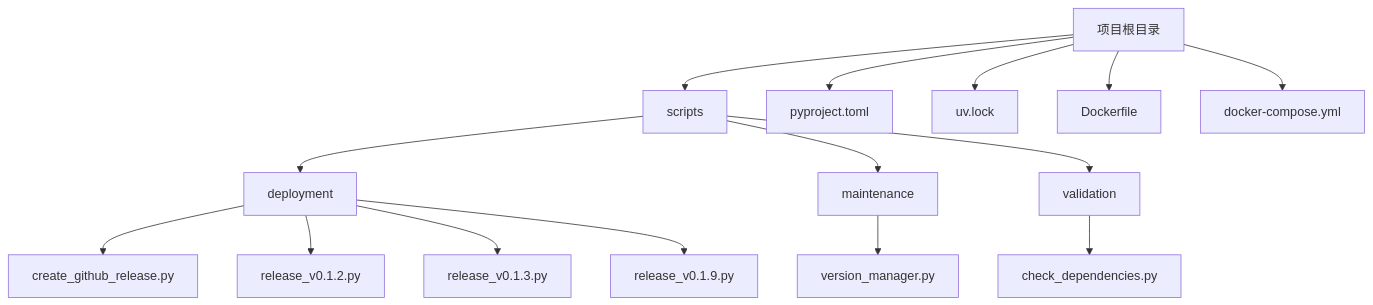
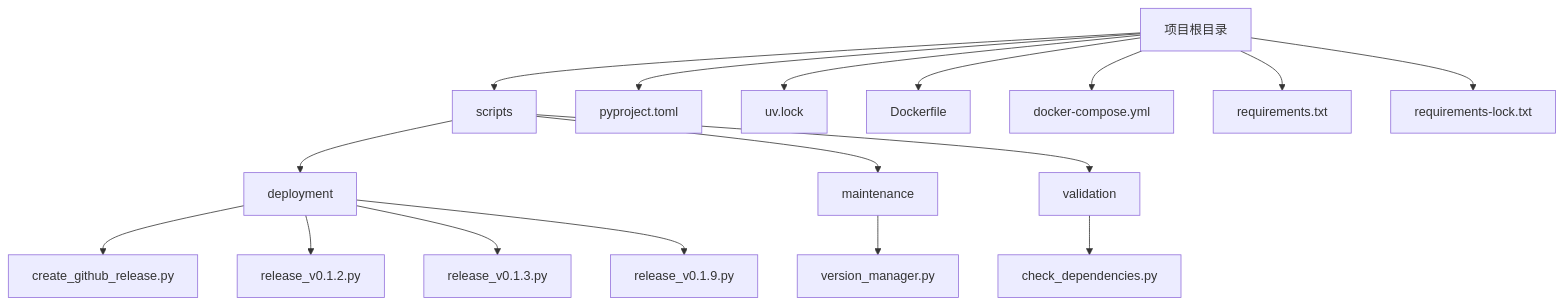
Before and after one commit to afanty2021/TradingAgents-CN: the first of 7 diagrams in .qoder/repowiki/zh/content/部署运维/版本发布管理.md, drawn with Mermaid. The commit also changed other lines of this file and 3 other files, not shown here.

````diff
--- a/.qoder/repowiki/zh/content/部署运维/版本发布管理.md
+++ b/.qoder/repowiki/zh/content/部署运维/版本发布管理.md
@@ -33,17 +42,19 @@
 ```mermaid
 graph TD
 A[scripts] --> B[deployment]
 A --> C[maintenance]
 A --> D[validation]
 B --> E[create_github_release.py]
 B --> F[release_v0.1.2.py]
 B --> G[release_v0.1.3.py]
 B --> H[release_v0.1.9.py]
 C --> I[version_manager.py]
 D --> J[check_dependencies.py]
 K[项目根目录] --> A
 K --> L[pyproject.toml]
 K --> M[uv.lock]
 K --> N[Dockerfile]
 K --> O[docker-compose.yml]
+K --> P[requirements.txt]
+K --> Q[requirements-lock.txt]
 ```
````
